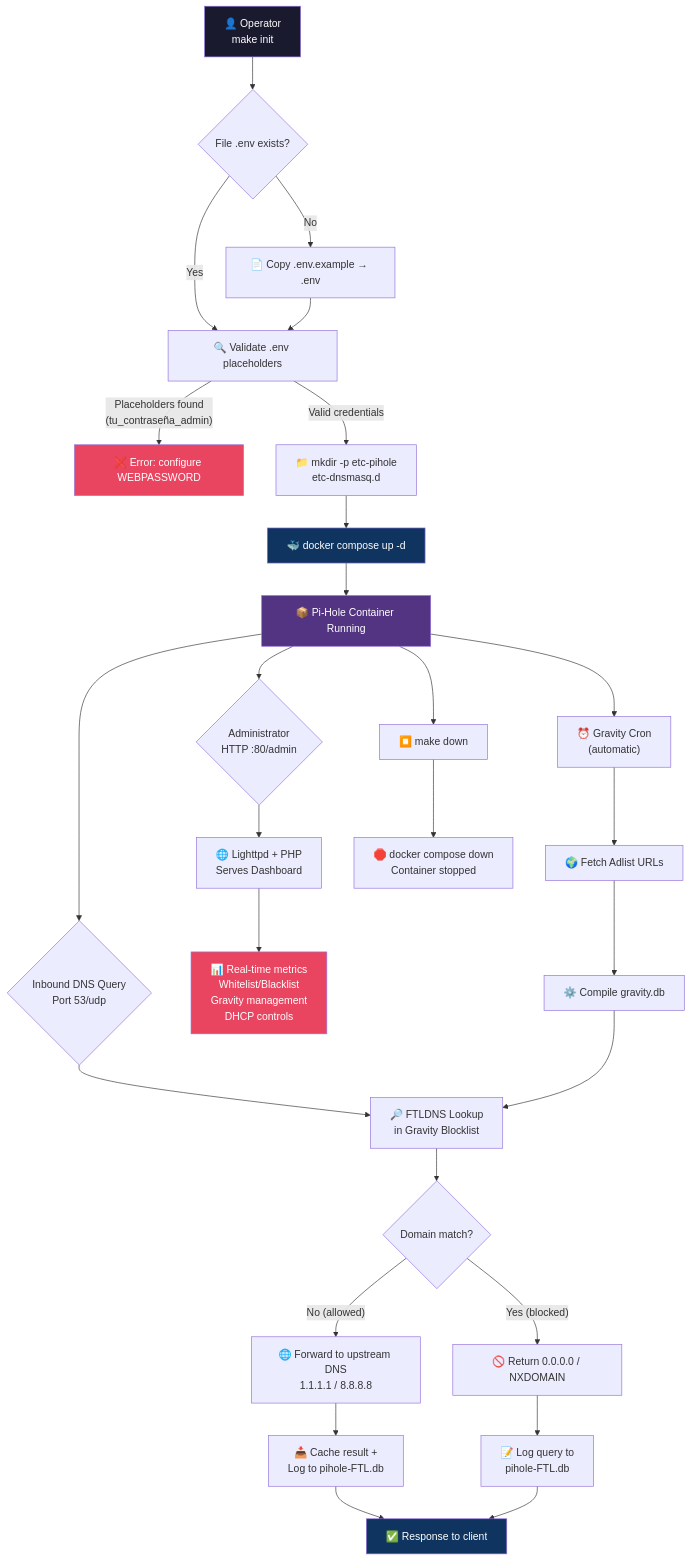
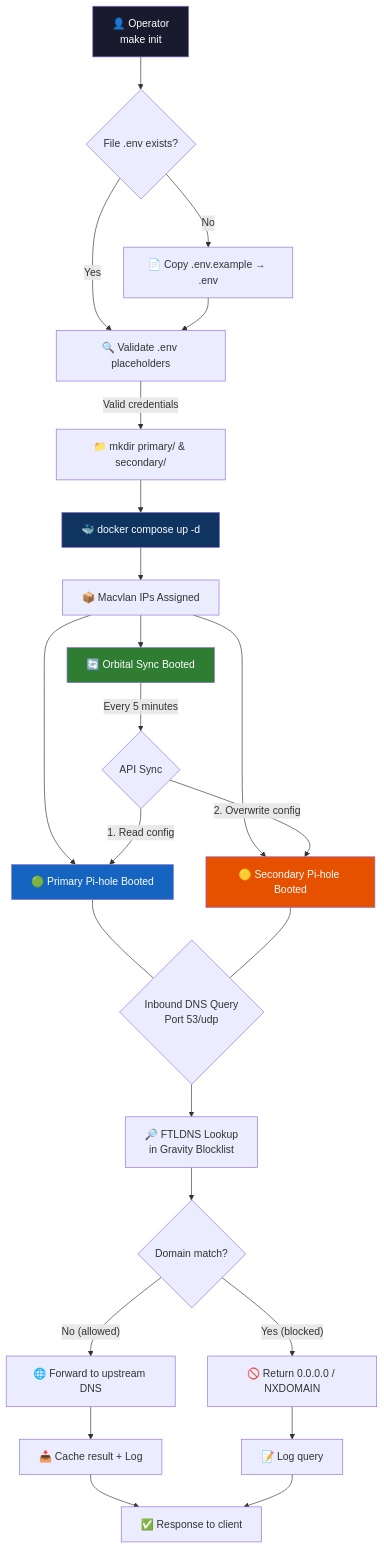
The first of 3 diagrams in Pi-Hole/README.md (Selio30/imagenesDocker), drawn with Mermaid before and after one commit. The commit also changed other lines of this file, not shown here.

Commit message:
[DOCS] Add comprehensive architecture documentation for DNS HA stack

````diff
--- a/Pi-Hole/README.md
+++ b/Pi-Hole/README.md
@@ -41,40 +41,36 @@
 ```mermaid
 flowchart TD
     A["👤 Operator<br/>make init"] --> B{"File .env exists?"}
     B -->|"No"| C["📄 Copy .env.example → .env"]
     B -->|"Yes"| D["🔍 Validate .env placeholders"]
     C --> D
-    D -->|"Placeholders found<br/>(tu_contraseña_admin)"| E["❌ Error: configure WEBPASSWORD"]
-    D -->|"Valid credentials"| F["📁 mkdir -p etc-pihole<br/>etc-dnsmasq.d"]
+    D -->|"Valid credentials"| F["📁 mkdir primary/ & secondary/"]
     F --> G["🐳 docker compose up -d"]
-    G --> H["📦 Pi-Hole Container Running"]
+    G --> H["📦 Macvlan IPs Assigned"]
     
-    H --> I{"Inbound DNS Query<br/>Port 53/udp"}
+    H --> P1["🟢 Primary Pi-hole Booted"]
+    H --> P2["🟡 Secondary Pi-hole Booted"]
+    H --> OS["🔄 Orbital Sync Booted"]
+
+    P1 --- I{"Inbound DNS Query<br/>Port 53/udp"}
+    P2 --- I
+    
     I --> J["🔎 FTLDNS Lookup<br/>in Gravity Blocklist"]
     J --> K{"Domain match?"}
     K -->|"Yes (blocked)"| L["🚫 Return 0.0.0.0 / NXDOMAIN"]
-    K -->|"No (allowed)"| M["🌐 Forward to upstream DNS<br/>1.1.1.1 / 8.8.8.8"]
-    M --> N["📥 Cache result +<br/>Log to pihole-FTL.db"]
-    L --> O["📝 Log query to<br/>pihole-FTL.db"]
+    K -->|"No (allowed)"| M["🌐 Forward to upstream DNS"]
+    M --> N["📥 Cache result + Log"]
+    L --> O["📝 Log query"]
     N --> P["✅ Response to client"]
     O --> P
 
-    H --> Q{"Administrator<br/>HTTP :80/admin"}
-    Q --> R["🌐 Lighttpd + PHP<br/>Serves Dashboard"]
-    R --> S["📊 Real-time metrics<br/>Whitelist/Blacklist<br/>Gravity management<br/>DHCP controls"]
-
-    H --> T["⏰ Gravity Cron<br/>(automatic)"]
-    T --> U["🌍 Fetch Adlist URLs"]
-    U --> V["⚙️ Compile gravity.db"]
-    V --> J
-
-    H --> W["⏹️ make down"]
-    W --> X["🛑 docker compose down<br/>Container stopped"]
+    OS -->|"Every 5 minutes"| SYNC{"API Sync"}
+    SYNC -->|"1. Read config"| P1
+    SYNC -->|"2. Overwrite config"| P2
 
     style A fill:#1a1a2e,color:#fff
-    style E fill:#e94560,color:#fff
     style G fill:#0f3460,color:#fff
-    style H fill:#533483,color:#fff
-    style P fill:#0f3460,color:#fff
-    style S fill:#e94560,color:#fff
+    style P1 fill:#1565c0,color:#fff
+    style P2 fill:#e65100,color:#fff
+    style OS fill:#2e7d32,color:#fff
 ```
````
